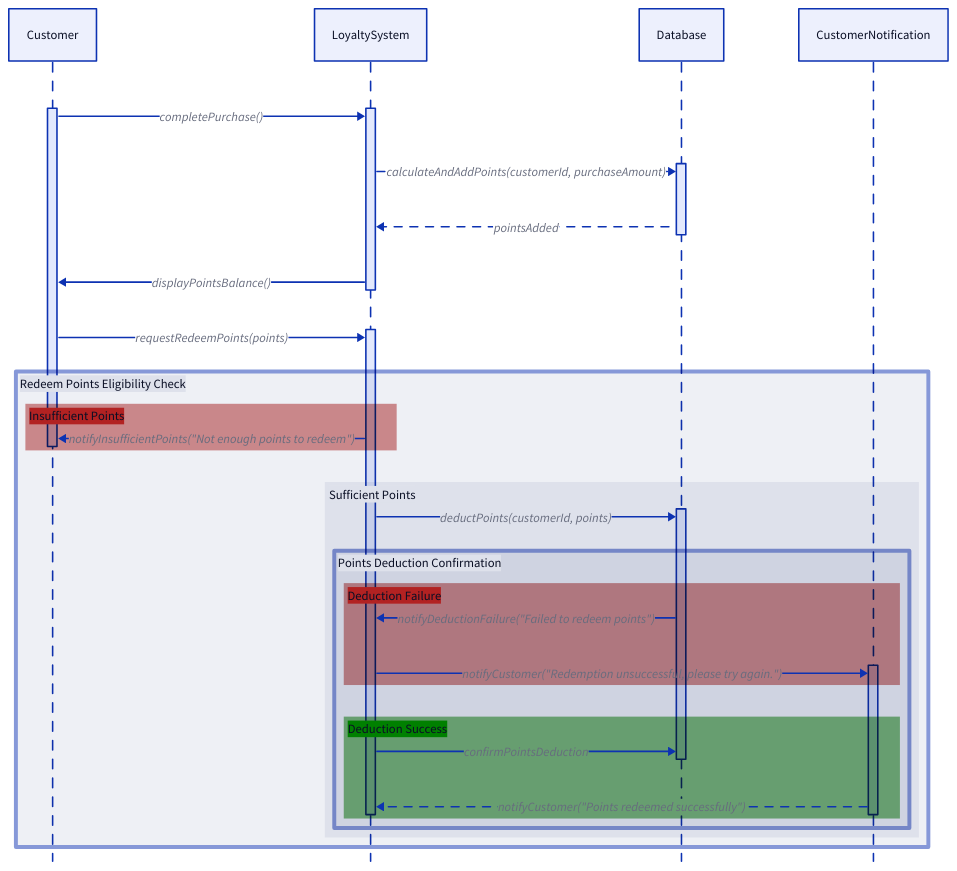
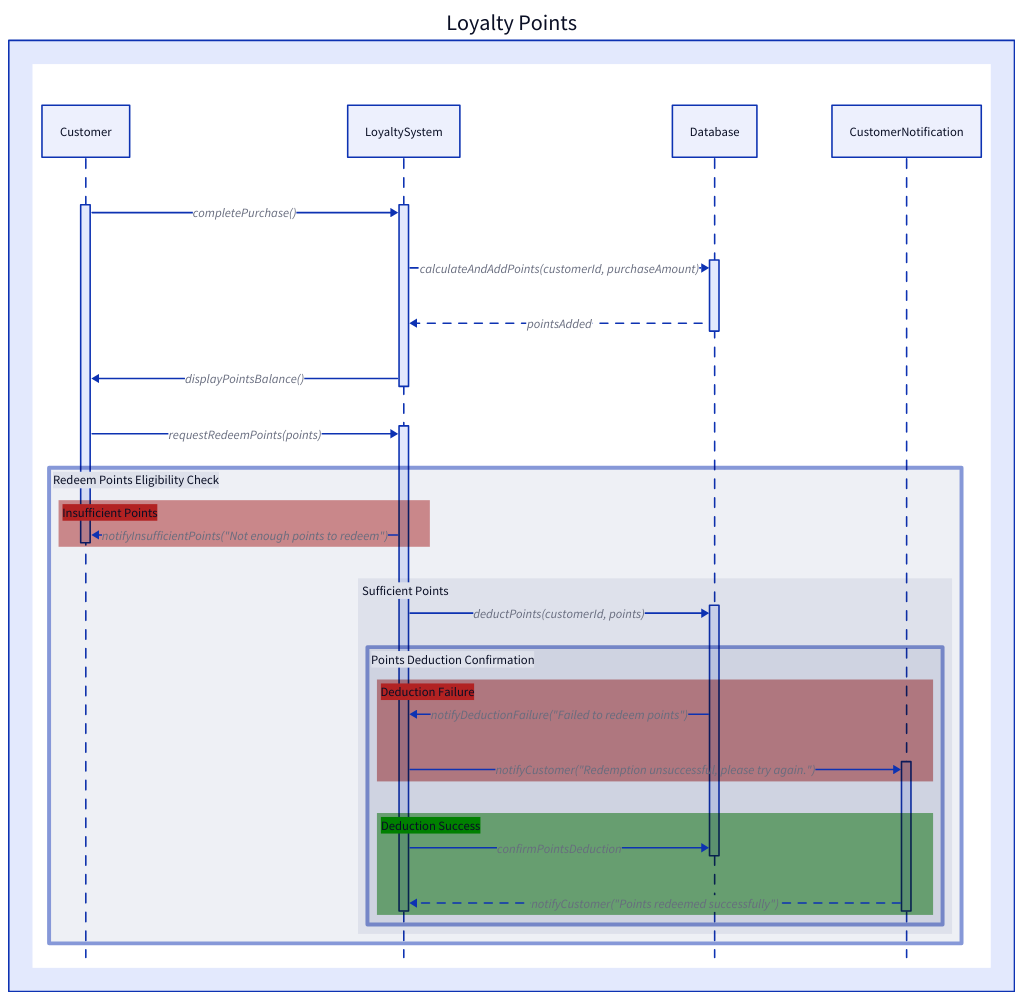
Before and after one commit to Arqamz/hawktu-logistics: the diagram in documentation/diagrams/action-sequence/loyalty-points.d2, drawn with D2. The commit also changed 25 other files, not shown here.

Commit message:
Add consistent theming to all diagrams

```diff
--- a/documentation/diagrams/action-sequence/loyalty-points.d2
+++ b/documentation/diagrams/action-sequence/loyalty-points.d2
@@ -1,46 +1,54 @@
-shape: sequence_diagram
+Loyalty Points: {
+    
+  label: "Loyalty Points"
 
-Customer.t1: actor
-LoyaltySystem.t1: actor
-Database.t1: actor
-CustomerNotification
+  "" : {
 
-Customer.t1 -> LoyaltySystem.t1: completePurchase()
-LoyaltySystem.t1 -> Database.t1: calculateAndAddPoints(customerId, purchaseAmount) {
-  style.stroke-dash: 5
-}
-LoyaltySystem.t1 <- Database.t1: pointsAdded {
-  style.stroke-dash: 5
-}
-Customer.t1 <- LoyaltySystem.t1: displayPointsBalance()
+    shape: sequence_diagram
 
-Customer.t1 -> LoyaltySystem.t2: requestRedeemPoints(points)
+    Customer.t1: actor
+    LoyaltySystem.t1: actor
+    Database.t1: actor
+    CustomerNotification
 
-alt label: "Redeem Points Eligibility Check" {
-  style.stroke-width: 5
+    Customer.t1 -> LoyaltySystem.t1: completePurchase()
+    LoyaltySystem.t1 -> Database.t1: calculateAndAddPoints(customerId, purchaseAmount) {
+      style.stroke-dash: 5
+    }
+    LoyaltySystem.t1 <- Database.t1: pointsAdded {
+      style.stroke-dash: 5
+    }
+    Customer.t1 <- LoyaltySystem.t1: displayPointsBalance()
 
-  if label: "Insufficient Points" {
-    style.fill: firebrick
-    LoyaltySystem.t2 -> Customer.t1: notifyInsufficientPoints("Not enough points to redeem") 
-  }
-  else label: "Sufficient Points" {
-    LoyaltySystem.t2 -> Database.t2: deductPoints(customerId, points)
-    
-    alt1 label: "Points Deduction Confirmation" {
+    Customer.t1 -> LoyaltySystem.t2: requestRedeemPoints(points)
+
+    alt label: "Redeem Points Eligibility Check" {
       style.stroke-width: 5
 
-      if label: "Deduction Failure" {
+      if label: "Insufficient Points" {
         style.fill: firebrick
-        Database.t2 -> LoyaltySystem.t2: notifyDeductionFailure("Failed to redeem points")
-        LoyaltySystem.t2 -> CustomerNotification.t2: notifyCustomer("Redemption unsuccessful, please try again.")
+        LoyaltySystem.t2 -> Customer.t1: notifyInsufficientPoints("Not enough points to redeem") 
       }
-      else label: "Deduction Success" {
-        style.fill: green
-        Database.t2 <- LoyaltySystem.t2: confirmPointsDeduction
-        CustomerNotification.t2 -> LoyaltySystem.t2: notifyCustomer("Points redeemed successfully") {
-          style.stroke-dash: 5
+      else label: "Sufficient Points" {
+        LoyaltySystem.t2 -> Database.t2: deductPoints(customerId, points)
+        
+        alt1 label: "Points Deduction Confirmation" {
+          style.stroke-width: 5
+
+          if label: "Deduction Failure" {
+            style.fill: firebrick
+            Database.t2 -> LoyaltySystem.t2: notifyDeductionFailure("Failed to redeem points")
+            LoyaltySystem.t2 -> CustomerNotification.t2: notifyCustomer("Redemption unsuccessful, please try again.")
+          }
+          else label: "Deduction Success" {
+            style.fill: green
+            Database.t2 <- LoyaltySystem.t2: confirmPointsDeduction
+            CustomerNotification.t2 -> LoyaltySystem.t2: notifyCustomer("Points redeemed successfully") {
+              style.stroke-dash: 5
+            }
+          }
         }
       }
     }
   }
 }
```
